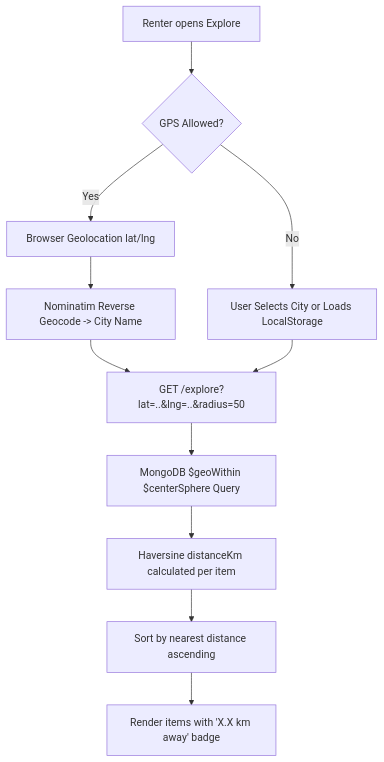
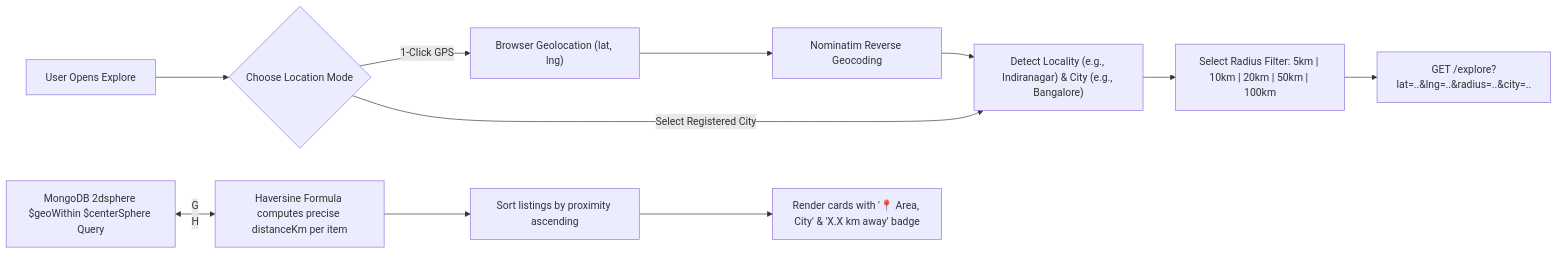
One commit to priyanshuraj20/Rentora changed the sixth of 7 diagrams in ReadMe.md. Above: the diagram before and after it, drawn with Mermaid. The commit also changed other lines of this file and 118 other files, not shown here.

````diff
--- a/ReadMe.md
+++ b/ReadMe.md
@@ -354,13 +269,15 @@
 ```mermaid
-flowchart TD
-    A[Renter opens Explore] --> B{GPS Allowed?}
-    B -- Yes --> C[Browser Geolocation lat/lng]
-    C --> D[Nominatim Reverse Geocode -> City Name]
-    B -- No --> E[User Selects City or Loads LocalStorage]
-    D --> F[GET /explore?lat=..&lng=..&radius=50]
-    E --> F
-    F --> G[MongoDB $geoWithin $centerSphere Query]
-    G --> H[Haversine distanceKm calculated per item]
-    H --> I[Sort by nearest distance ascending]
-    I --> J[Render items with 'X.X km away' badge]
+flowchart LR
+    A["User Opens Explore"] --> B{"Choose Location Mode"}
+    B -- "1-Click GPS" --> C["Browser Geolocation (lat, lng)"]
+    C --> D["Nominatim Reverse Geocoding"]
+    D --> E["Detect Locality (e.g., Indiranagar) & City (e.g., Bangalore)"]
+    B -- "Select Registered City" --> E
+    
+    E --> F["Select Radius Filter: 5km | 10km | 20km | 50km | 100km"]
+    F --> G["GET /explore?lat=..&lng=..&radius=..&city=.."]
+    H["MongoDB 2dsphere $geoWithin $centerSphere Query"] <-- G
+    H --> I["Haversine Formula computes precise distanceKm per item"]
+    I --> J["Sort listings by proximity ascending"]
+    J --> K["Render cards with '📍 Area, City' & 'X.X km away' badge"]
 ```
````
